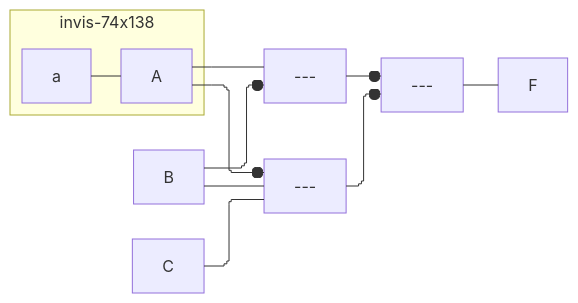
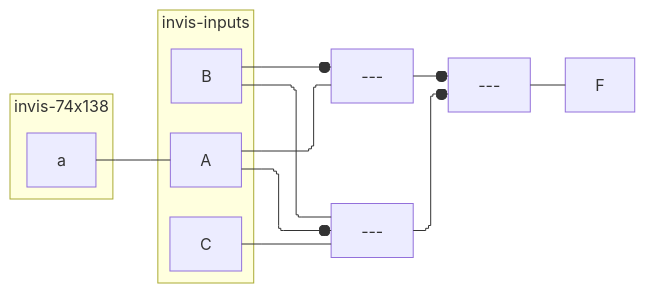
One commit to tnichols217/notes changed the diagram in CSDS 281 - Logic Design/HW/7/tables.md. Above: the diagram before and after it, drawn with Mermaid. The commit also changed 2 other files, not shown here.

Commit message:
vault backup: 2024-03-27 10:43:14

````diff
--- a/CSDS 281 - Logic Design/HW/7/tables.md
+++ b/CSDS 281 - Logic Design/HW/7/tables.md
@@ -27,13 +27,18 @@
 ```mermaid
 %%{ init: { 'flowchart': { 'curve': 'stepBefore', "defaultRenderer": "elk" } } }%%
 flowchart LR
+subgraph invis-inputs
+A
+B
+C
+end
 A --- nor1[---]
 B --o nor1
 A --o nor2[---]
 B & C --- nor2
 nor1 & nor2 --o nor3[---]
 nor3 --- F
 subgraph invis-74x138
 a --- A
 end
 ```
````
